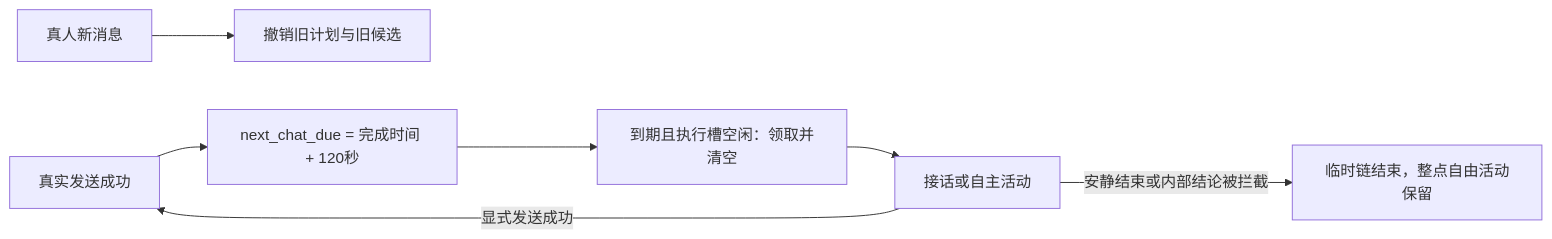
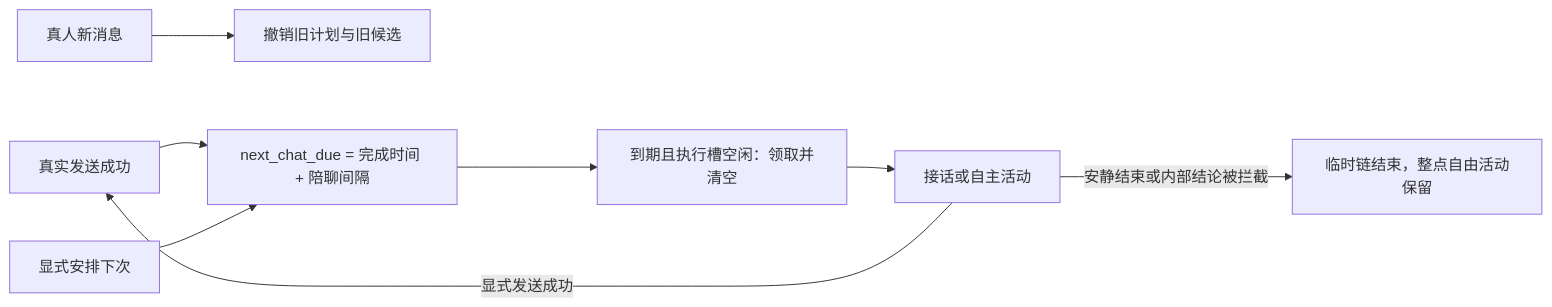
One commit to laofeng-a/fatfish changed the second of 2 diagrams in README.md. Above: the diagram before and after it, drawn with Mermaid. The commit also changed other lines of this file and 1 other file, not shown here.

````diff
--- a/README.md
+++ b/README.md
@@ -108,9 +111,10 @@
 ```mermaid
 flowchart LR
     Human[真人新消息] --> Reset[撤销旧计划与旧候选]
-    Sent[真实发送成功] --> Due[next_chat_due = 完成时间 + 120秒]
+    Sent[真实发送成功] --> Due[next_chat_due = 完成时间 + 陪聊间隔]
+    Scheduled[显式安排下次] --> Due
     Due --> Claim[到期且执行槽空闲：领取并清空]
     Claim --> Activity[接话或自主活动]
     Activity -->|显式发送成功| Sent
     Activity -->|安静结束或内部结论被拦截| Quiet[临时链结束，整点自由活动保留]
 ```
````
